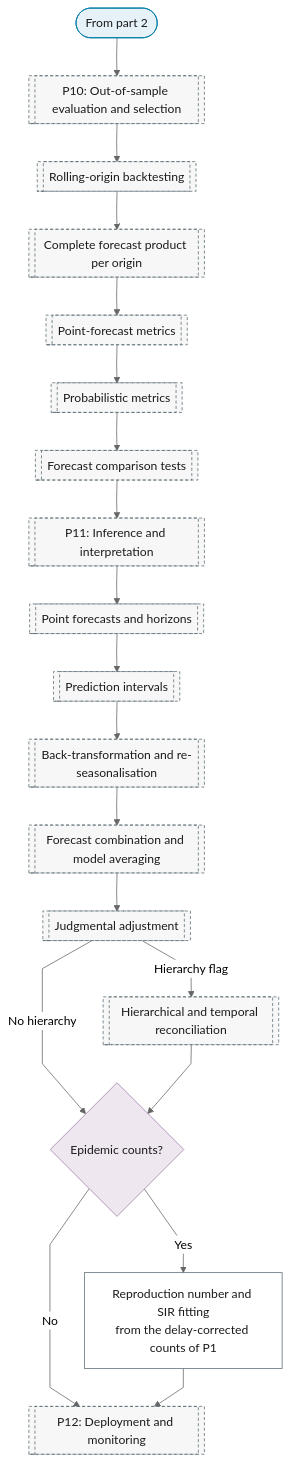
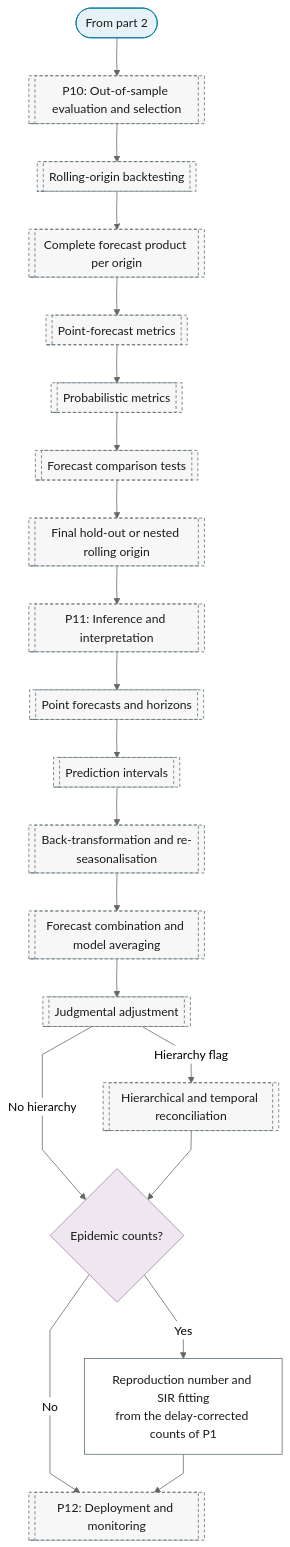
One commit to Shuxin-Y/time-series-analysis-manual changed the third of 3 diagrams in docs/01-workflow/p00-purpose/01-forecasting.md. Above: the diagram before and after it, drawn with Mermaid (neutral theme). The commit also changed 5 other files, not shown here.

````diff
--- a/docs/01-workflow/p00-purpose/01-forecasting.md
+++ b/docs/01-workflow/p00-purpose/01-forecasting.md
@@ -73,34 +73,35 @@
 ```mermaid
 %%{init: {"flowchart": {"curve": "linear"}}}%%
 graph TD
     P0_FC_PART_3_IN(["From part 2"]) --> P10[["P10: Out-of-sample evaluation and selection"]]
     P10 --> P10_ROLLING_ORIGIN[["Rolling-origin backtesting"]]
     P10_ROLLING_ORIGIN --> P10_FORECAST_PRODUCT[["Complete forecast product per origin"]]
     P10_FORECAST_PRODUCT --> P10_POINT_METRICS[["Point-forecast metrics"]]
     P10_POINT_METRICS --> P10_PROBABILISTIC_METRICS[["Probabilistic metrics"]]
     P10_PROBABILISTIC_METRICS --> P10_FORECAST_COMPARISON[["Forecast comparison tests"]]
-    P10_FORECAST_COMPARISON --> P11[["P11: Inference and interpretation"]]
+    P10_FORECAST_COMPARISON --> P10_FINAL_HOLDOUT[["Final hold-out or nested rolling origin"]]
+    P10_FINAL_HOLDOUT --> P11[["P11: Inference and interpretation"]]
     P11 --> P11_POINT_FORECASTS[["Point forecasts and horizons"]]
     P11_POINT_FORECASTS --> P11_INTERVALS[["Prediction intervals"]]
     P11_INTERVALS --> P11_BACK_TRANSFORM[["Back-transformation and re-seasonalisation"]]
     P11_BACK_TRANSFORM --> P11_COMBINATION[["Forecast combination and model averaging"]]
     P11_COMBINATION --> P11_JUDGMENTAL[["Judgmental adjustment"]]
     P11_JUDGMENTAL -->|"Hierarchy flag"| P11_RECONCILIATION[["Hierarchical and temporal reconciliation"]]
     P11_JUDGMENTAL -->|"No hierarchy"| P0_FC_DOMAIN
     P11_RECONCILIATION --> P0_FC_DOMAIN{"Epidemic counts?"}
     P0_FC_DOMAIN -->|"Yes"| P0_FC_EPIDEMIC["Reproduction number and SIR fitting<br/>from the delay-corrected counts of P1"]
     P0_FC_DOMAIN -->|"No"| P12
     P0_FC_EPIDEMIC --> P12[["P12: Deployment and monitoring"]]
     class P0_FC_PART_3_IN terminator
     class P0_FC_DOMAIN decision
     class P0_FC_EPIDEMIC process
-    class P10,P10_ROLLING_ORIGIN,P10_FORECAST_PRODUCT,P10_POINT_METRICS,P10_PROBABILISTIC_METRICS,P10_FORECAST_COMPARISON,P11,P11_POINT_FORECASTS,P11_INTERVALS,P11_BACK_TRANSFORM,P11_COMBINATION,P11_JUDGMENTAL,P11_RECONCILIATION,P12 ref
+    class P10,P10_ROLLING_ORIGIN,P10_FORECAST_PRODUCT,P10_POINT_METRICS,P10_PROBABILISTIC_METRICS,P10_FORECAST_COMPARISON,P10_FINAL_HOLDOUT,P11,P11_POINT_FORECASTS,P11_INTERVALS,P11_BACK_TRANSFORM,P11_COMBINATION,P11_JUDGMENTAL,P11_RECONCILIATION,P12 ref
     classDef terminator fill:#E6F2F7,stroke:#007BA7,color:#1A1A1A;
     classDef process fill:#FFFFFF,stroke:#5A6B73,color:#1A1A1A;
     classDef decision fill:#EFE7F0,stroke:#9B7FA7,color:#1A1A1A;
     classDef data fill:#FFF4E0,stroke:#C9A55E,color:#1A1A1A;
     classDef good fill:#DCEFD8,stroke:#4A7A3F,color:#1A1A1A;
     classDef escalate fill:#FFE9C2,stroke:#C9A55E,color:#1A1A1A;
     classDef problem fill:#F2D9DE,stroke:#800020,color:#1A1A1A;
     classDef ref fill:#F7F7F7,stroke:#5A6B73,color:#1A1A1A,stroke-dasharray:4 3;
 ```
````
